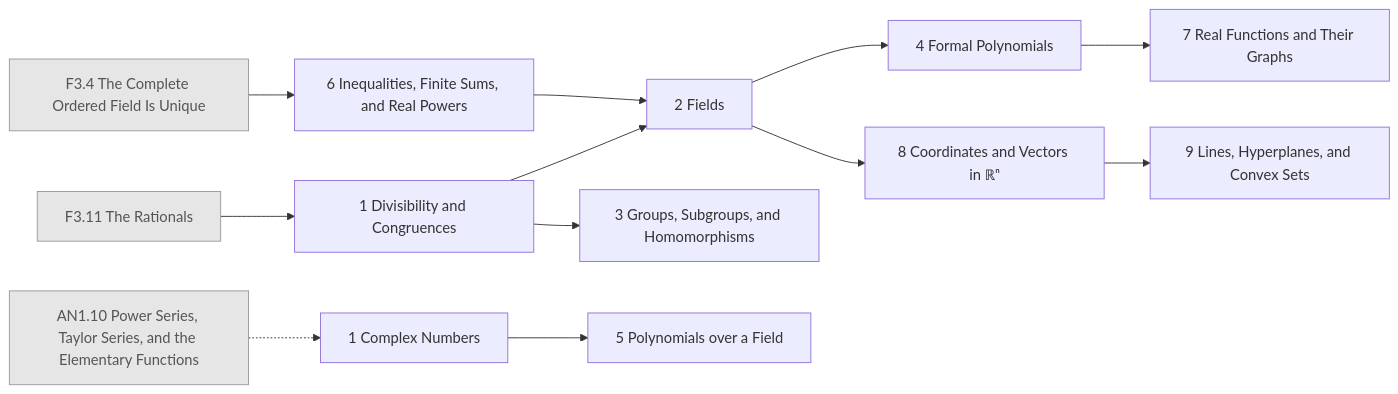
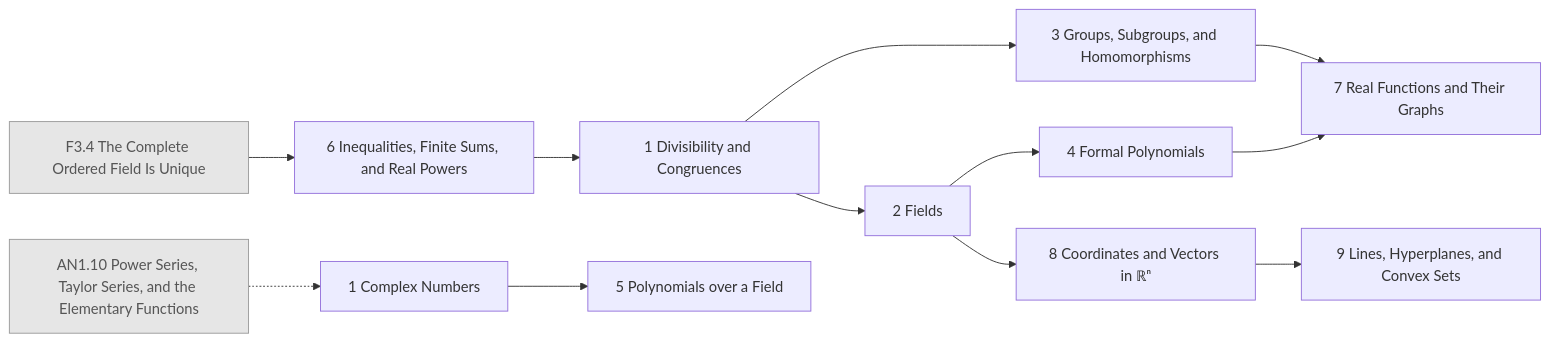
Before and after one commit to AkizumiFox/math-atlas: the diagram in generated/chapters/F4.mmd, drawn with Mermaid. The commit also changed 7 other files, not shown here.

```diff
--- a/generated/chapters/F4.mmd
+++ b/generated/chapters/F4.mmd
@@ -1,28 +1,27 @@
 flowchart LR
-  F3_11["F3.11 The Rationals"]:::ext
   F3_4["F3.4 The Complete Ordered Field Is Unique"]:::ext
   AN1_10["AN1.10 Power Series, Taylor Series, and the Elementary Functions"]:::ext
   F4_6["6 Inequalities, Finite Sums, and Real Powers"]
   F5_1["1 Divisibility and Congruences"]
   F4_1["1 Complex Numbers"]
   F5_2["2 Fields"]
   F5_3["3 Groups, Subgroups, and Homomorphisms"]
   F5_4["4 Formal Polynomials"]
   F5_5["5 Polynomials over a Field"]
   F4_7["7 Real Functions and Their Graphs"]
   F4_8["8 Coordinates and Vectors in ℝⁿ"]
   F4_9["9 Lines, Hyperplanes, and Convex Sets"]
   F3_4 --> F4_6
-  F3_11 --> F5_1
+  F4_6 --> F5_1
   AN1_10 -.-> F4_1
-  F4_6 --> F5_2
   F5_1 --> F5_2
   F5_1 --> F5_3
   F5_2 --> F5_4
   F4_1 --> F5_5
+  F5_3 --> F4_7
   F5_4 --> F4_7
   F5_2 --> F4_8
   F4_8 --> F4_9
   classDef ext fill:#e6e6e6,stroke:#999,color:#555
   classDef opt fill:#fff,stroke:#999,stroke-dasharray:4 3,color:#555
   classDef segb fill:#f6f6fb,stroke:#99a,color:#333
```
